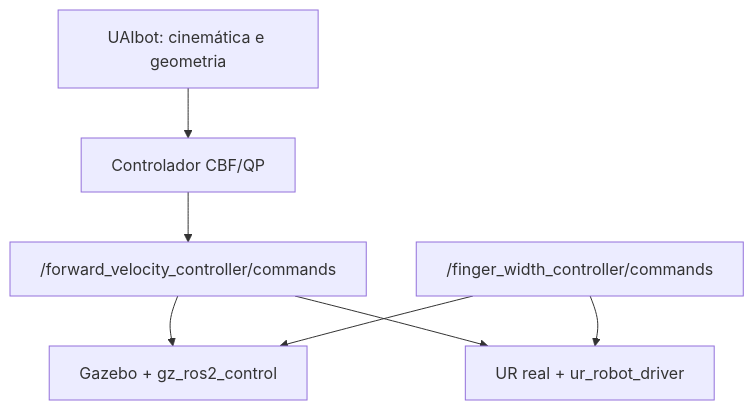
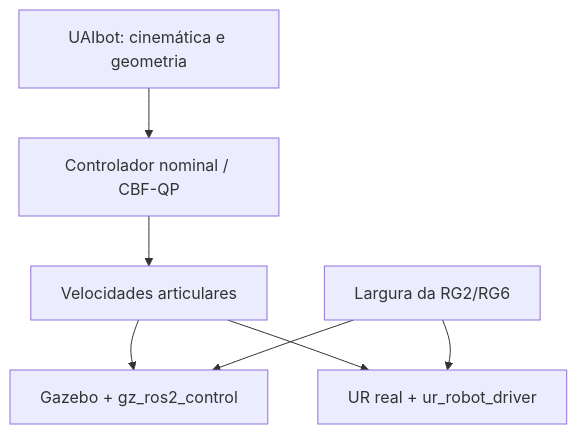
One commit to cayoalmeida0/ur-task-space-cbf-ros2 changed the diagram in README.md. Above: the diagram before and after it, drawn with Mermaid. The commit also changed other lines of this file and 10 other files, not shown here.

````diff
--- a/README.md
+++ b/README.md
@@ -20,9 +22,9 @@
 ```mermaid
 flowchart TD
-    C["Controlador CBF/QP"] --> T["/forward_velocity_controller/commands"]
-    T --> S["Gazebo + gz_ros2_control"]
-    T --> R["UR real + ur_robot_driver"]
-    G["UAIbot: cinemática e geometria"] --> C
-    H["/finger_width_controller/commands"] --> S
-    H --> R
+    C["Controlador nominal / CBF-QP"] --> A["Velocidades articulares"]
+    A --> S["Gazebo + gz_ros2_control"]
+    A --> R["UR real + ur_robot_driver"]
+    U["UAIbot: cinemática e geometria"] --> C
+    G["Largura da RG2/RG6"] --> S
+    G --> R
 ```
````
